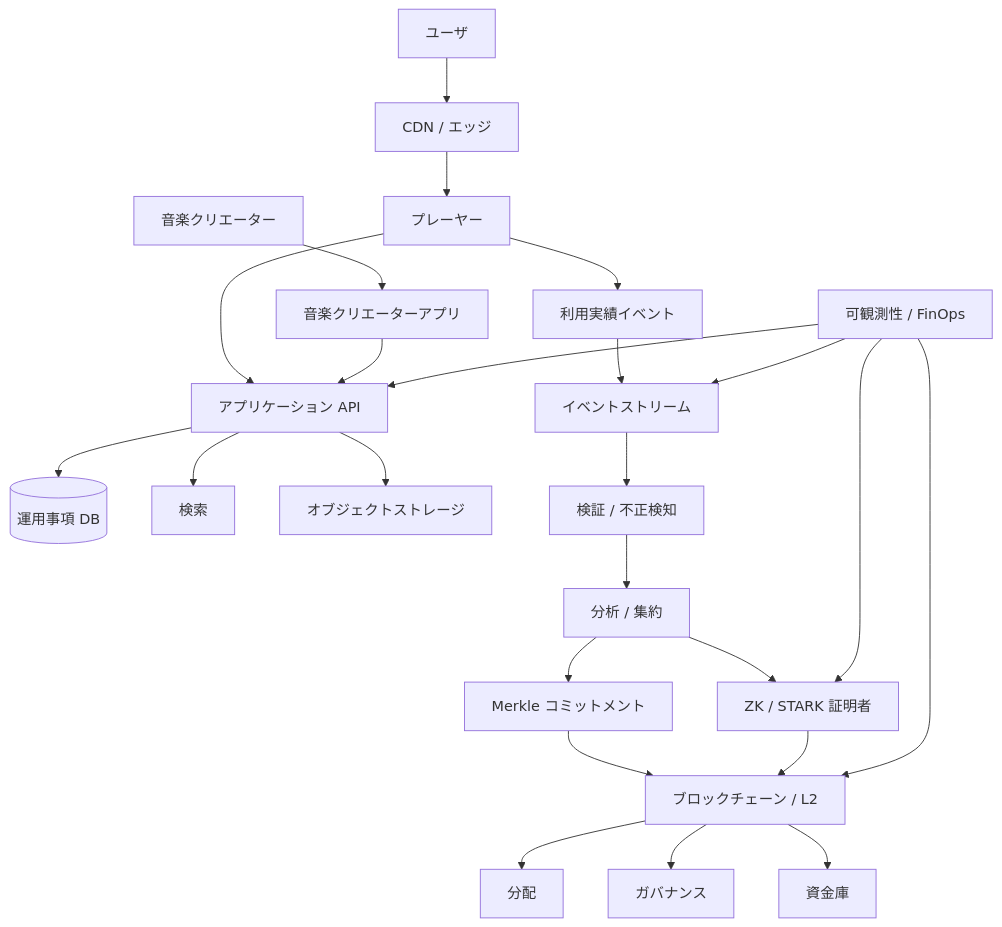
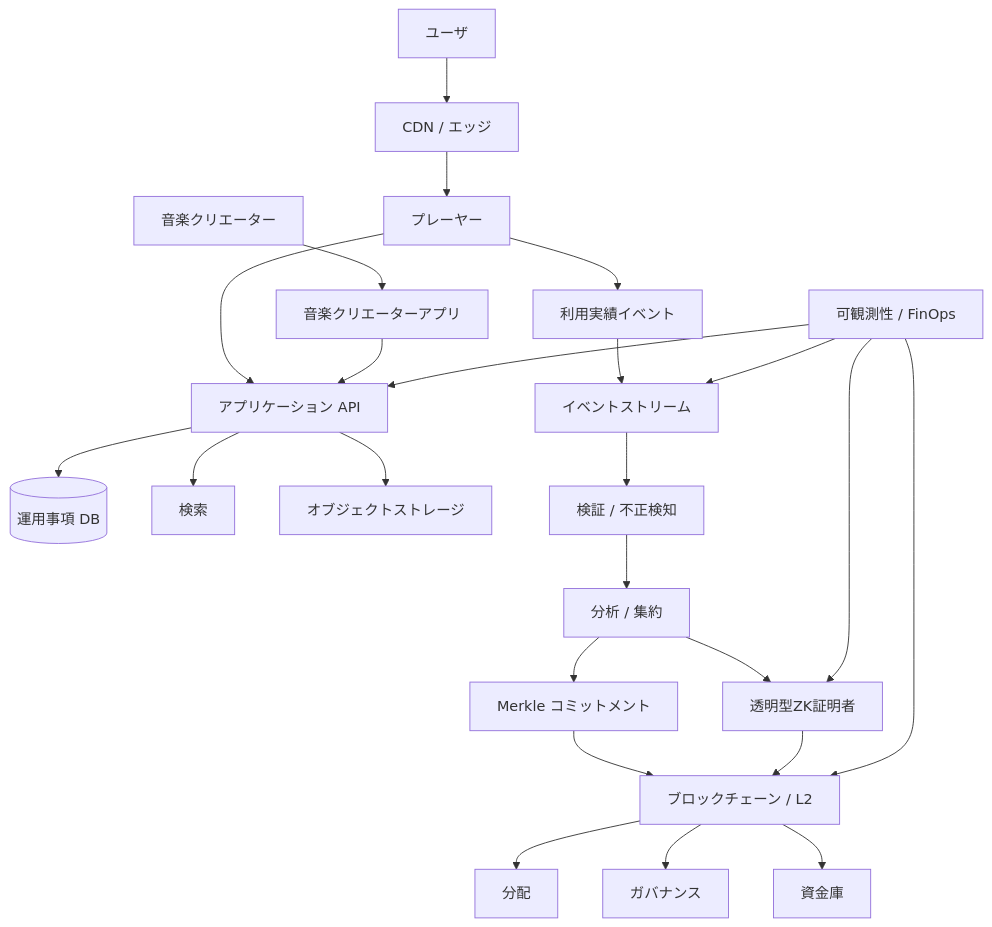
One commit to ShigeichiroYamasaki/creator-first-platform changed diagram 45 of 47 in docs/whitepaper/12-infrastructure-cost.md. Above: the diagram before and after it, drawn with Mermaid. The commit also changed other lines of this file and 42 other files, not shown here.

Commit message:
Design production service architecture

````diff
--- a/docs/whitepaper/12-infrastructure-cost.md
+++ b/docs/whitepaper/12-infrastructure-cost.md
@@ -1868,36 +1868,36 @@
 ```mermaid
 flowchart TD
     USER[ユーザ]
     CREATOR[音楽クリエーター]
 
     USER --> EDGE[CDN / エッジ]
     CREATOR --> APP[音楽クリエーターアプリ]
 
     EDGE --> PLAYER[プレーヤー]
     PLAYER --> API[アプリケーション API]
     APP --> API
 
     API --> DB[(運用事項 DB)]
     API --> SEARCH[検索]
     API --> OBJECT[オブジェクトストレージ]
 
     PLAYER --> EVENTS[利用実績イベント]
     EVENTS --> STREAM[イベントストリーム]
     STREAM --> VALID[検証 / 不正検知]
     VALID --> ANALYTICS[分析 / 集約]
 
     ANALYTICS --> ROOT[Merkle コミットメント]
-    ANALYTICS --> PROVER[ZK / STARK 証明者]
+    ANALYTICS --> PROVER[透明型ZK証明者]
 
     ROOT --> L2[ブロックチェーン / L2]
     PROVER --> L2
 
     L2 --> DIST[分配]
     L2 --> GOV[ガバナンス]
     L2 --> TREASURY[資金庫]
 
     OBS[可観測性 / FinOps] --> API
     OBS --> STREAM
     OBS --> PROVER
     OBS --> L2
 ```
````
